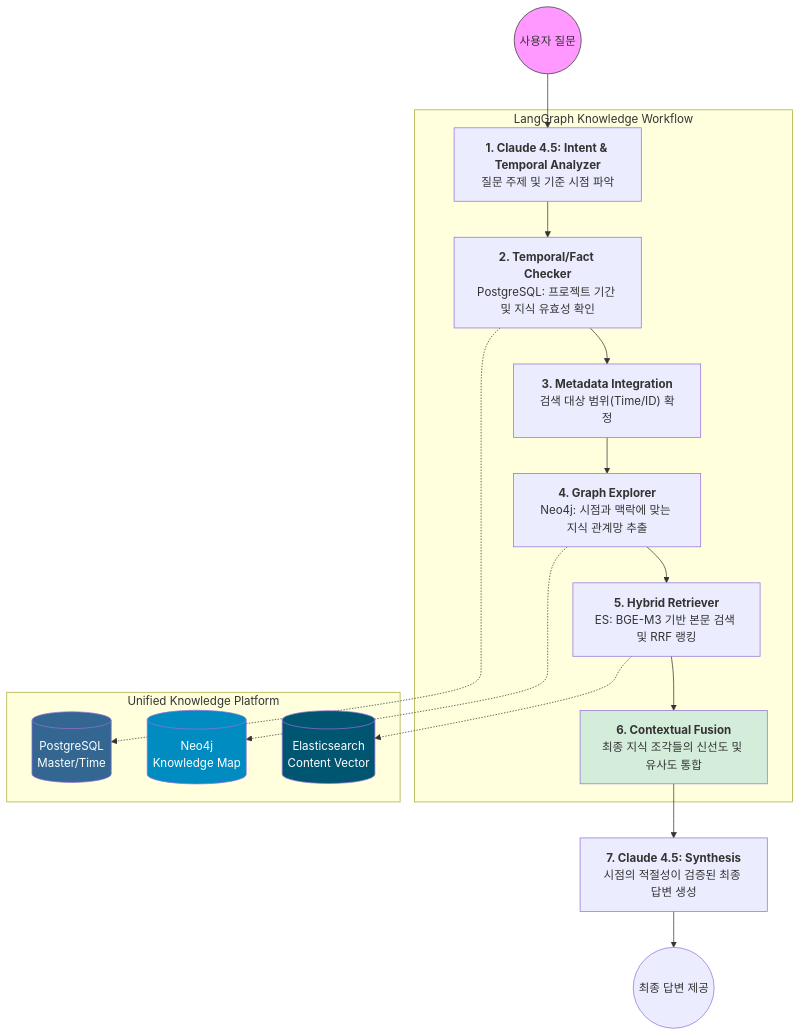
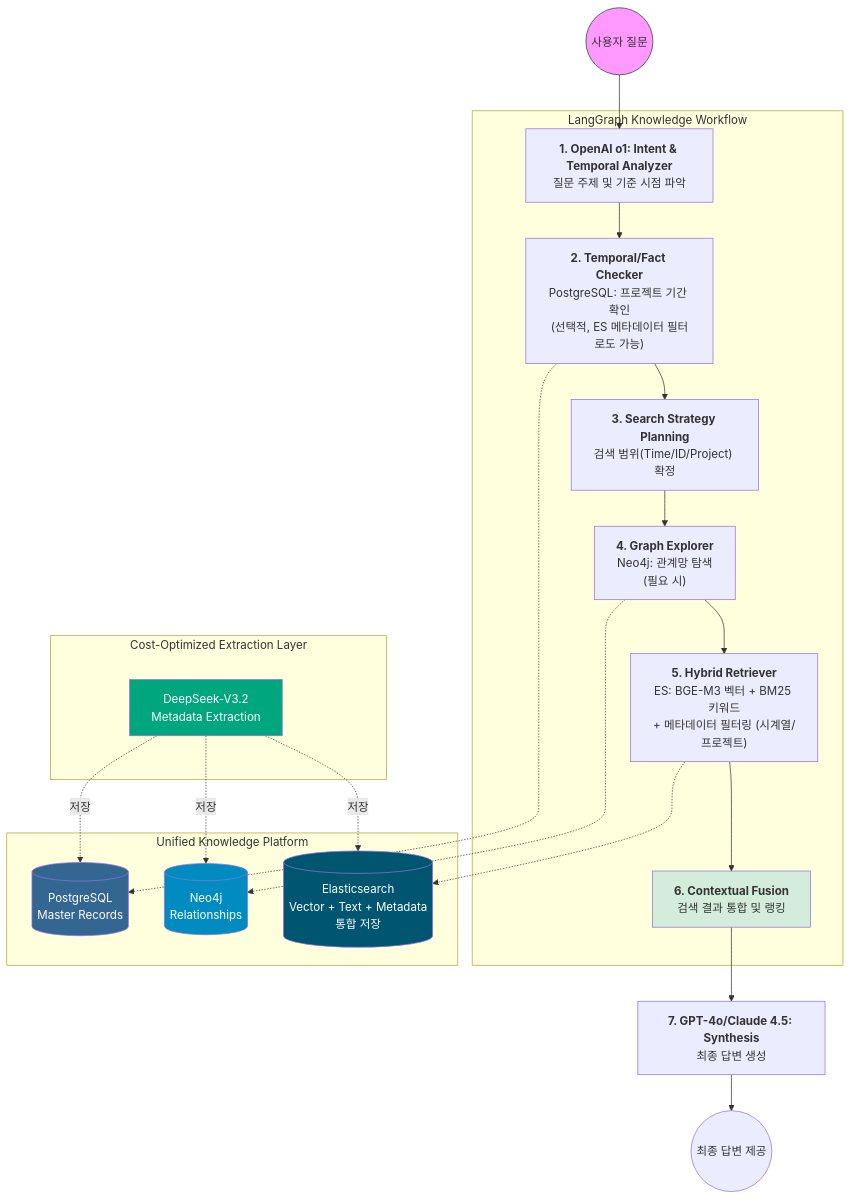
Before and after one commit to k82022603/hybrid-rag-knowledge-ops: the diagram in README.md, drawn with Mermaid. The commit also changed other lines of this file, not shown here.

````diff
--- a/README.md
+++ b/README.md
@@ -290,30 +618,37 @@
 ```mermaid
 graph TD
-    User((사용자 질문)) --> LLM_Plan["<b>1. Claude 4.5: Intent & Temporal Analyzer</b><br/>질문 주제 및 기준 시점 파악"]
+    User((사용자 질문)) --> LLM_Plan["<b>1. OpenAI o1: Intent & Temporal Analyzer</b><br/>질문 주제 및 기준 시점 파악"]
 
     subgraph "LangGraph Knowledge Workflow"
-        LLM_Plan --> Time_SQL["<b>2. Temporal/Fact Checker</b><br/>PostgreSQL: 프로젝트 기간 및 지식 유효성 확인"]
-        Time_SQL --> Metadata_Exec["<b>3. Metadata Integration</b><br/>검색 대상 범위(Time/ID) 확정"]
+        LLM_Plan --> Time_SQL["<b>2. Temporal/Fact Checker</b><br/>PostgreSQL: 프로젝트 기간 확인<br/>(선택적, ES 메타데이터 필터로도 가능)"]
+        Time_SQL --> Metadata_Exec["<b>3. Search Strategy Planning</b><br/>검색 범위(Time/ID/Project) 확정"]
         
-        Metadata_Exec --> Cypher_Gen["<b>4. Graph Explorer</b><br/>Neo4j: 시점과 맥락에 맞는 지식 관계망 추출"]
+        Metadata_Exec --> Cypher_Gen["<b>4. Graph Explorer</b><br/>Neo4j: 관계망 탐색<br/>(필요 시)"]
         
-        Cypher_Gen --> ES_Search["<b>5. Hybrid Retriever</b><br/>ES: BGE-M3 기반 본문 검색 및 RRF 랭킹"]
+        Cypher_Gen --> ES_Search["<b>5. Hybrid Retriever</b><br/>ES: BGE-M3 벡터 + BM25 키워드<br/>+ 메타데이터 필터링 (시계열/프로젝트)"]
         
-        ES_Search --> RRF_Fusion["<b>6. Contextual Fusion</b><br/>최종 지식 조각들의 신선도 및 유사도 통합"]
+        ES_Search --> RRF_Fusion["<b>6. Contextual Fusion</b><br/>검색 결과 통합 및 랭킹"]
     end
 
     subgraph "Unified Knowledge Platform"
-        Time_SQL -.-> PG[(PostgreSQL<br/>Master/Time)]
-        Cypher_Gen -.-> Neo4j[(Neo4j<br/>Knowledge Map)]
-        ES_Search -.-> ES[(Elasticsearch<br/>Content Vector)]
+        Time_SQL -.-> PG[(PostgreSQL<br/>Master Records)]
+        Cypher_Gen -.-> Neo4j[(Neo4j<br/>Relationships)]
+        ES_Search -.-> ES[(Elasticsearch<br/>Vector + Text + Metadata<br/>통합 저장)]
     end
 
-    RRF_Fusion --> LLM_Synth["<b>7. Claude 4.5: Synthesis</b><br/>시점의 적절성이 검증된 최종 답변 생성"]
+    subgraph "Cost-Optimized Extraction Layer"
+        DeepSeek[DeepSeek-V3.2<br/>Metadata Extraction] -.저장.-> PG
+        DeepSeek -.저장.-> ES
+        DeepSeek -.저장.-> Neo4j
+    end
+
+    RRF_Fusion --> LLM_Synth["<b>7. GPT-4o/Claude 4.5: Synthesis</b><br/>최종 답변 생성"]
     LLM_Synth --> FinalAns((최종 답변 제공))
 
     style User fill:#f9f,stroke:#333
     style PG fill:#336791,color:#fff
     style Neo4j fill:#008CC1,color:#fff
     style ES fill:#005571,color:#fff
+    style DeepSeek fill:#00A67E,color:#fff
     style RRF_Fusion fill:#d4edda
 ```
````
